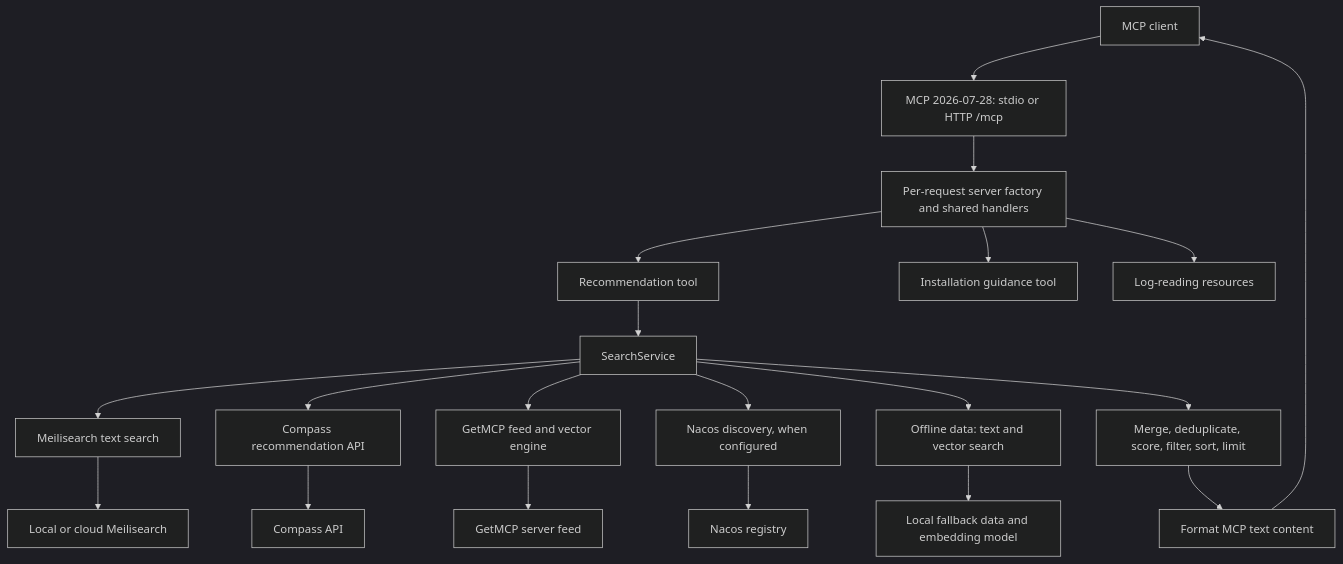
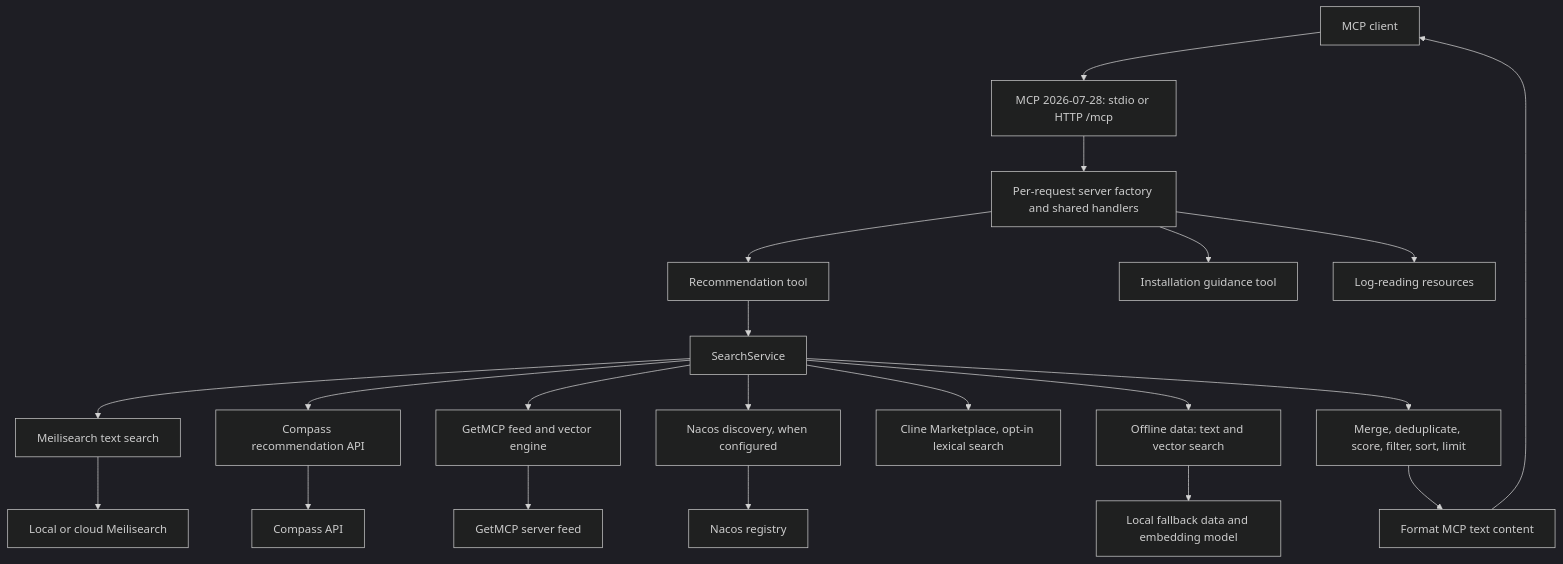
Before and after one commit to istarwyh/mcpadvisor: the first of 3 diagrams in docs/ARCHITECTURE.md, drawn with Mermaid (dark theme). The commit also changed other lines of this file and 18 other files, not shown here.

````diff
--- a/docs/ARCHITECTURE.md
+++ b/docs/ARCHITECTURE.md
@@ -32,22 +34,23 @@
 ```mermaid
 graph TD
     Client["MCP client"] --> Transport["MCP 2026-07-28: stdio or HTTP /mcp"]
     Transport --> Server["Per-request server factory and shared handlers"]
     Server --> Recommend["Recommendation tool"]
     Server --> Install["Installation guidance tool"]
     Server --> Logs["Log-reading resources"]
     Recommend --> Search["SearchService"]
     Search --> Meili["Meilisearch text search"]
     Search --> Compass["Compass recommendation API"]
     Search --> GetMCP["GetMCP feed and vector engine"]
     Search --> Nacos["Nacos discovery, when configured"]
+    Search --> Cline["Cline Marketplace, opt-in lexical search"]
     Search --> Offline["Offline data: text and vector search"]
     Meili --> MeiliService["Local or cloud Meilisearch"]
     Compass --> CompassAPI["Compass API"]
     GetMCP --> Feed["GetMCP server feed"]
     Nacos --> Registry["Nacos registry"]
     Offline --> Data["Local fallback data and embedding model"]
     Search --> Rerank["Merge, deduplicate, score, filter, sort, limit"]
     Rerank --> Format["Format MCP text content"]
     Format --> Client
 ```
````
